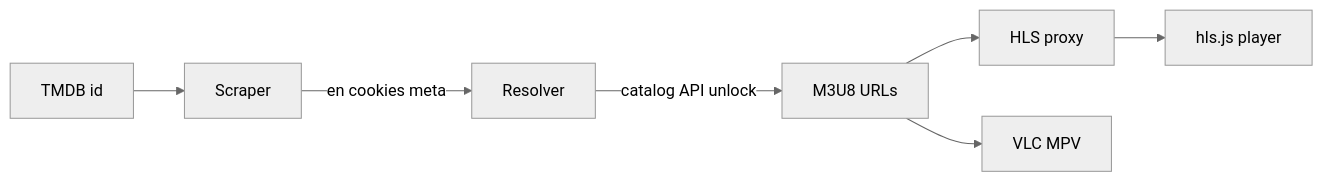
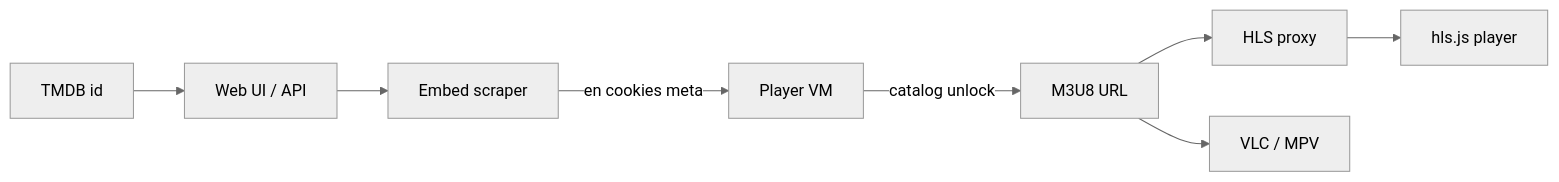
One commit to sharoon7171/vidcore-io-stream-resolver changed the diagram in README.md. Above: the diagram before and after it, drawn with Mermaid (neutral theme). The commit also changed other lines of this file, not shown here.

Commit message:
document player VM unlock pipeline and Premiere 4K mirrors

````diff
--- a/README.md
+++ b/README.md
@@ -40,9 +67,10 @@
 ```mermaid
 flowchart LR
-  id[TMDB id] --> scrape[Scraper]
-  scrape -->|en cookies meta| resolve[Resolver]
-  resolve -->|catalog API unlock| urls[M3U8 URLs]
-  urls --> proxy[HLS proxy]
-  proxy --> ui[hls.js player]
-  urls --> export[VLC MPV]
+  tmdb[TMDB id] --> ui[Web UI / API]
+  ui --> scrape[Embed scraper]
+  scrape -->|en cookies meta| vm[Player VM]
+  vm -->|catalog unlock| m3u8[M3U8 URL]
+  m3u8 --> proxy[HLS proxy]
+  proxy --> player[hls.js player]
+  m3u8 --> export[VLC / MPV]
 ```
````
